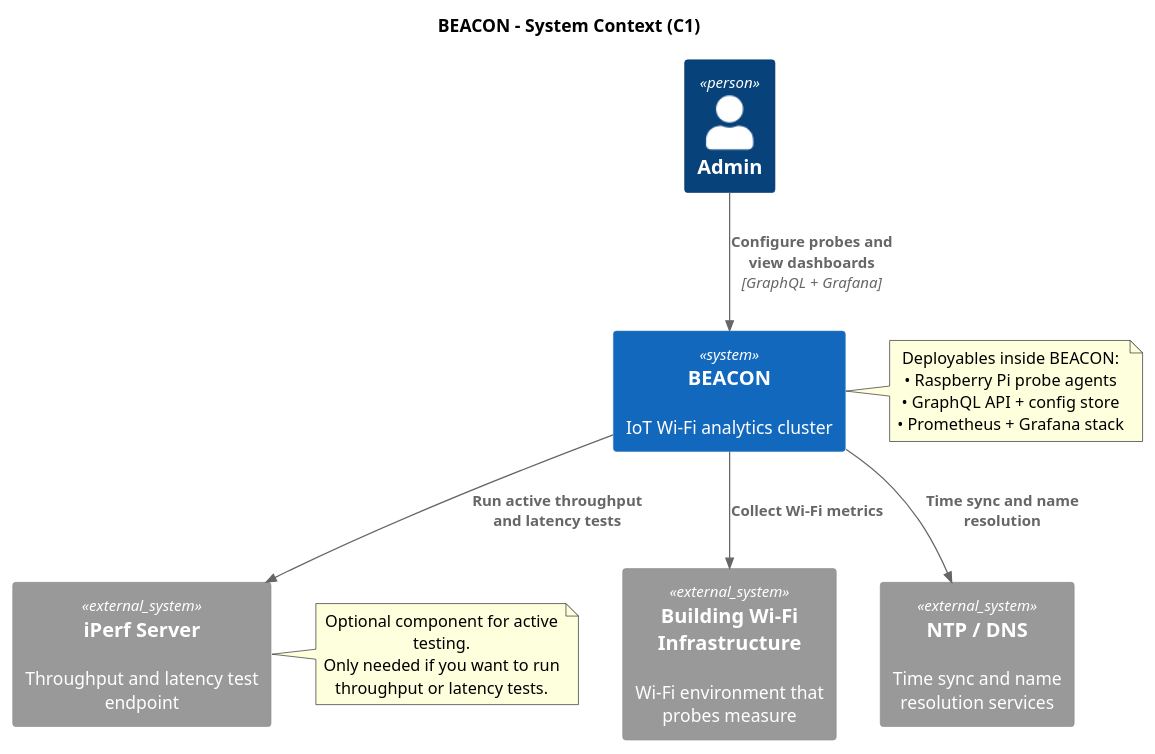
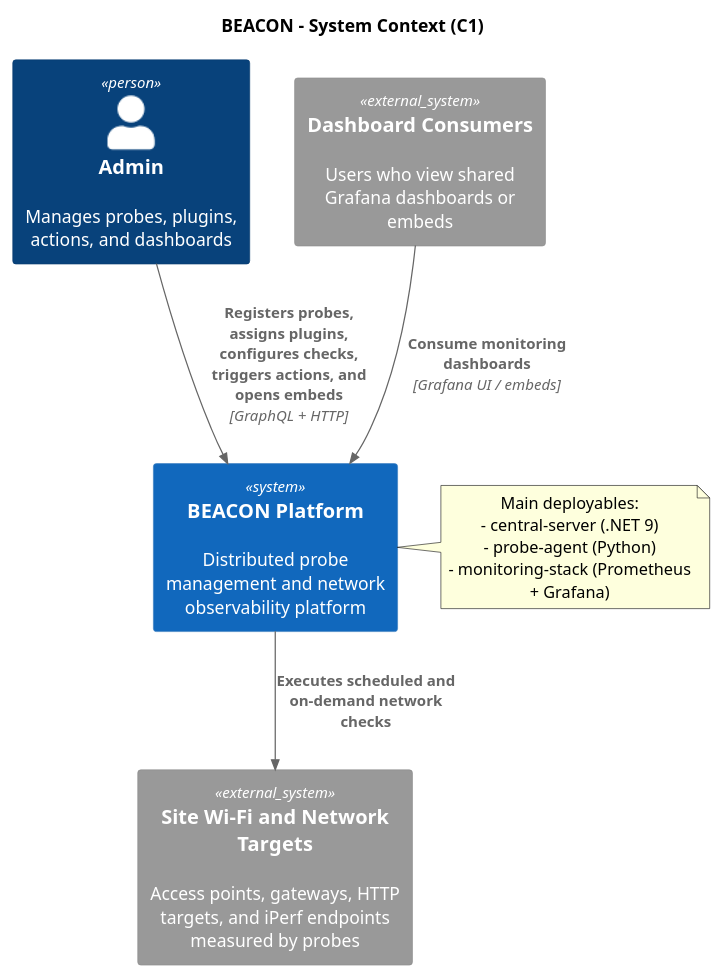
Before and after one commit to vhfba/beacon: the diagram in docs/c4-model/level-1-system-context.puml, drawn with PlantUML. The commit also changed 202 other files, not shown here.

Commit message:
Update refractoring central server

```diff
--- a/docs/c4-model/level-1-system-context.puml
+++ b/docs/c4-model/level-1-system-context.puml
@@ -1,31 +1,23 @@
 @startuml
 title BEACON - System Context (C1)
 
 !includeurl https://raw.githubusercontent.com/plantuml-stdlib/C4-PlantUML/master/C4_Context.puml
 
-Person(admin, "Admin")
-System(beacon, "BEACON", "IoT Wi-Fi analytics cluster")
+Person(admin, "Admin", "Manages probes, plugins, actions, and dashboards")
+System(beacon, "BEACON Platform", "Distributed probe management and network observability platform")
 
-System_Ext(wifi, "Building Wi-Fi Infrastructure", "Wi-Fi environment that probes measure")
-System_Ext(iperf, "iPerf Server", "Throughput and latency test endpoint")
-System_Ext(ntp, "NTP / DNS", "Time sync and name resolution services")
+System_Ext(targets, "Site Wi-Fi and Network Targets", "Access points, gateways, HTTP targets, and iPerf endpoints measured by probes")
+System_Ext(grafanaUsers, "Dashboard Consumers", "Users who view shared Grafana dashboards or embeds")
 
-Rel(admin, beacon, "Configure probes and view dashboards", "GraphQL + Grafana")
-Rel(beacon, wifi, "Collect Wi-Fi metrics")
-Rel(beacon, iperf, "Run active throughput and latency tests")
-Rel(beacon, ntp, "Time sync and name resolution")
+Rel(admin, beacon, "Registers probes, assigns plugins, configures checks, triggers actions, and opens embeds", "GraphQL + HTTP")
+Rel(grafanaUsers, beacon, "Consume monitoring dashboards", "Grafana UI / embeds")
+Rel(beacon, targets, "Executes scheduled and on-demand network checks")
 
 note right of beacon
-  Deployables inside BEACON:
-  • Raspberry Pi probe agents
-  • GraphQL API + config store
-  • Prometheus + Grafana stack
-end note
-
-note right of iperf
-  Optional component for active testing.
-  Only needed if you want to run
-  throughput or latency tests.
+  Main deployables:
+  - central-server (.NET 9)
+  - probe-agent (Python)
+  - monitoring-stack (Prometheus + Grafana)
 end note
 
 @enduml
```
